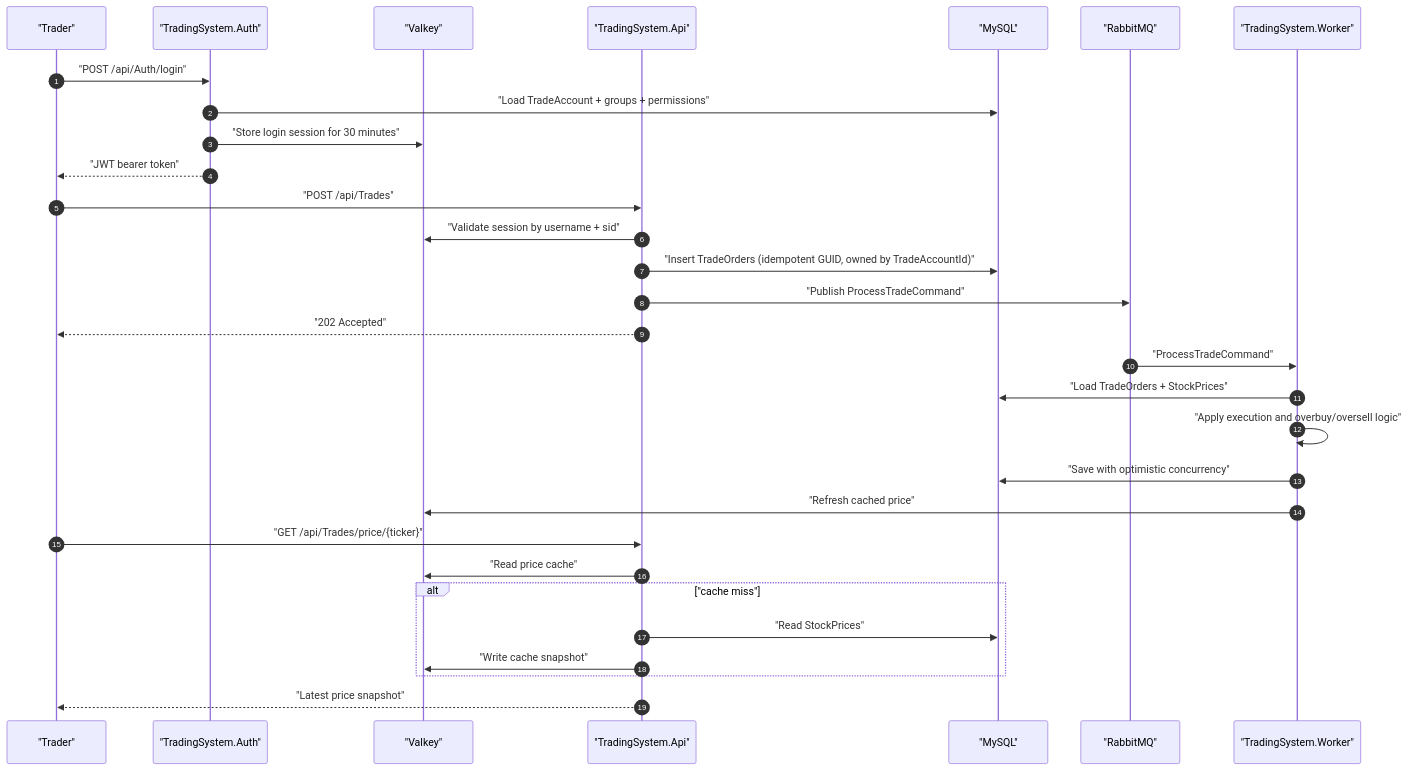
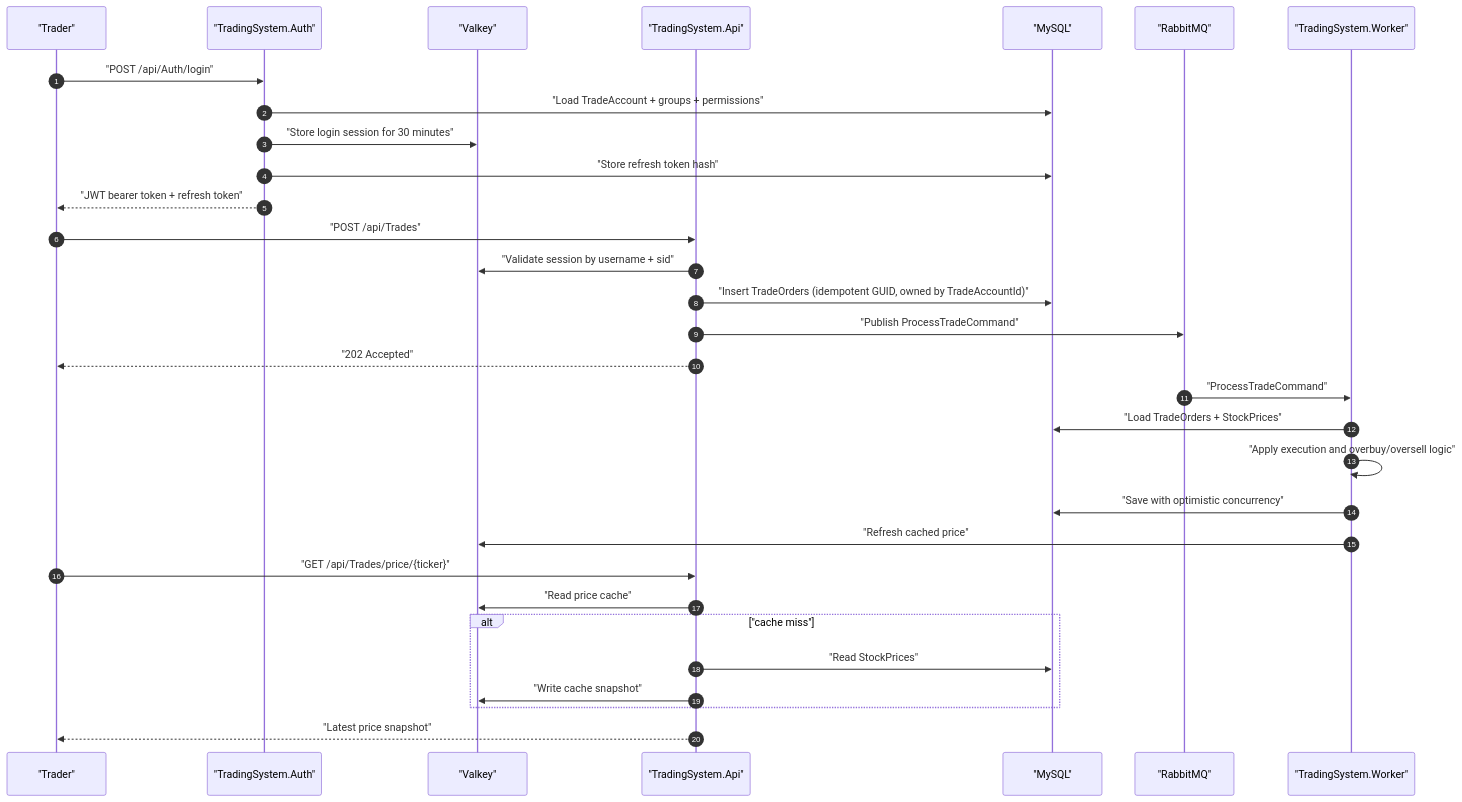
Before and after one commit to jayoscarwong/TradingSystemDemo: the second of 5 diagrams in README.md, drawn with Mermaid. The commit also changed other lines of this file and 27 other files, not shown here.

Commit message:
Add self-service auth flow and load test tooling

````diff
--- a/README.md
+++ b/README.md
@@ -93,36 +96,37 @@
 ```mermaid
 sequenceDiagram
     autonumber
     participant User as "Trader"
     participant Auth as "TradingSystem.Auth"
     participant Cache as "Valkey"
     participant Api as "TradingSystem.Api"
     participant Mysql as "MySQL"
     participant Rabbit as "RabbitMQ"
     participant Worker as "TradingSystem.Worker"
 
     User->>Auth: "POST /api/Auth/login"
     Auth->>Mysql: "Load TradeAccount + groups + permissions"
     Auth->>Cache: "Store login session for 30 minutes"
-    Auth-->>User: "JWT bearer token"
+    Auth->>Mysql: "Store refresh token hash"
+    Auth-->>User: "JWT bearer token + refresh token"
 
     User->>Api: "POST /api/Trades"
     Api->>Cache: "Validate session by username + sid"
     Api->>Mysql: "Insert TradeOrders (idempotent GUID, owned by TradeAccountId)"
     Api->>Rabbit: "Publish ProcessTradeCommand"
     Api-->>User: "202 Accepted"
 
     Rabbit->>Worker: "ProcessTradeCommand"
     Worker->>Mysql: "Load TradeOrders + StockPrices"
     Worker->>Worker: "Apply execution and overbuy/oversell logic"
     Worker->>Mysql: "Save with optimistic concurrency"
     Worker->>Cache: "Refresh cached price"
 
     User->>Api: "GET /api/Trades/price/{ticker}"
     Api->>Cache: "Read price cache"
     alt "cache miss"
         Api->>Mysql: "Read StockPrices"
         Api->>Cache: "Write cache snapshot"
     end
     Api-->>User: "Latest price snapshot"
 ```
````
